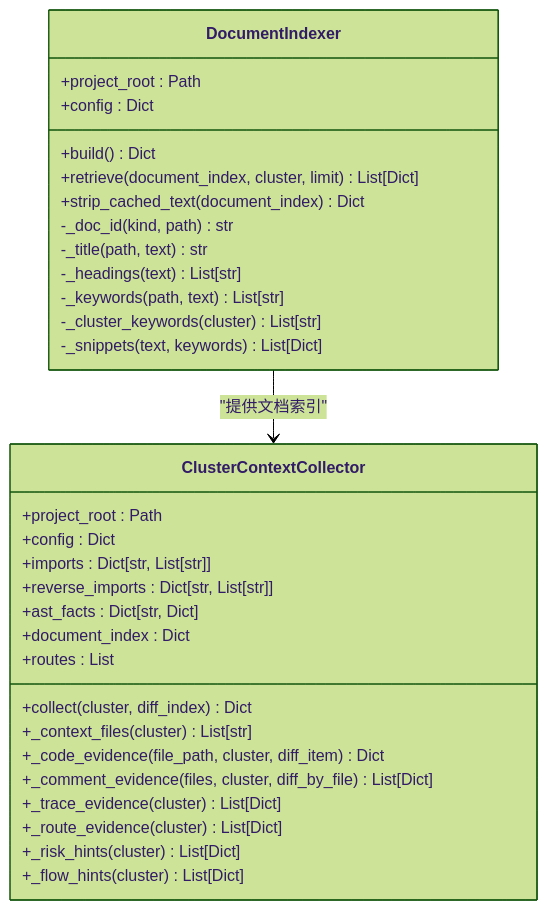
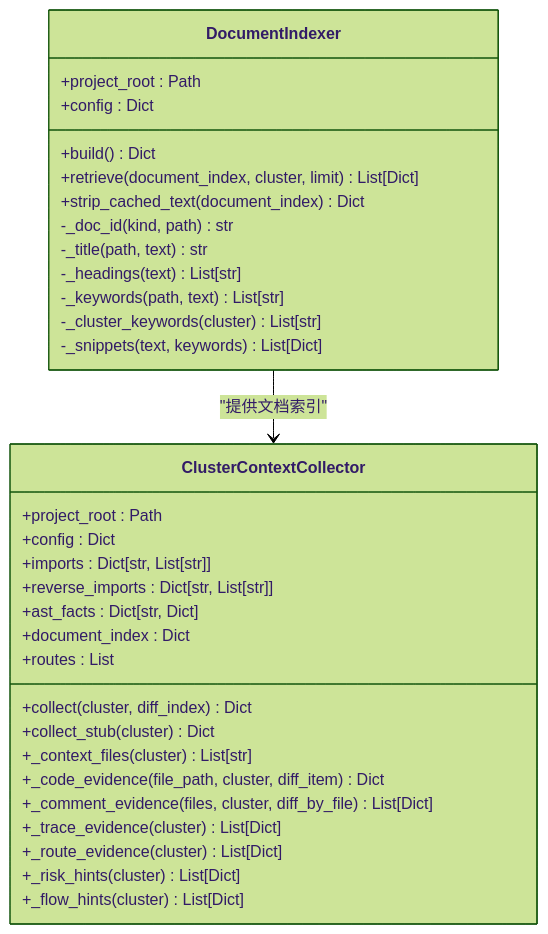
One commit to brand-new-remo/frontend-impact-analyzer changed the second of 12 diagrams in .qoder/repowiki/zh/content/Context Collection System.md. Above: the diagram before and after it, drawn with Mermaid (forest theme). The commit also changed other lines of this file and 7 other files, not shown here.

````diff
--- a/.qoder/repowiki/zh/content/Context Collection System.md
+++ b/.qoder/repowiki/zh/content/Context Collection System.md
@@ -84,34 +94,35 @@
 ```mermaid
 classDiagram
 class DocumentIndexer {
 +project_root : Path
 +config : Dict
 +build() Dict
 +retrieve(document_index, cluster, limit) List[Dict]
 +strip_cached_text(document_index) Dict
 -_doc_id(kind, path) str
 -_title(path, text) str
 -_headings(text) List[str]
 -_keywords(path, text) List[str]
 -_cluster_keywords(cluster) List[str]
 -_snippets(text, keywords) List[Dict]
 }
 class ClusterContextCollector {
 +project_root : Path
 +config : Dict
 +imports : Dict[str, List[str]]
 +reverse_imports : Dict[str, List[str]]
 +ast_facts : Dict[str, Dict]
 +document_index : Dict
 +routes : List
 +collect(cluster, diff_index) Dict
++collect_stub(cluster) Dict
 +_context_files(cluster) List[str]
 +_code_evidence(file_path, cluster, diff_item) Dict
 +_comment_evidence(files, cluster, diff_by_file) List[Dict]
 +_trace_evidence(cluster) List[Dict]
 +_route_evidence(cluster) List[Dict]
 +_risk_hints(cluster) List[Dict]
 +_flow_hints(cluster) List[Dict]
 }
 DocumentIndexer --> ClusterContextCollector : "提供文档索引"
 ```
````
